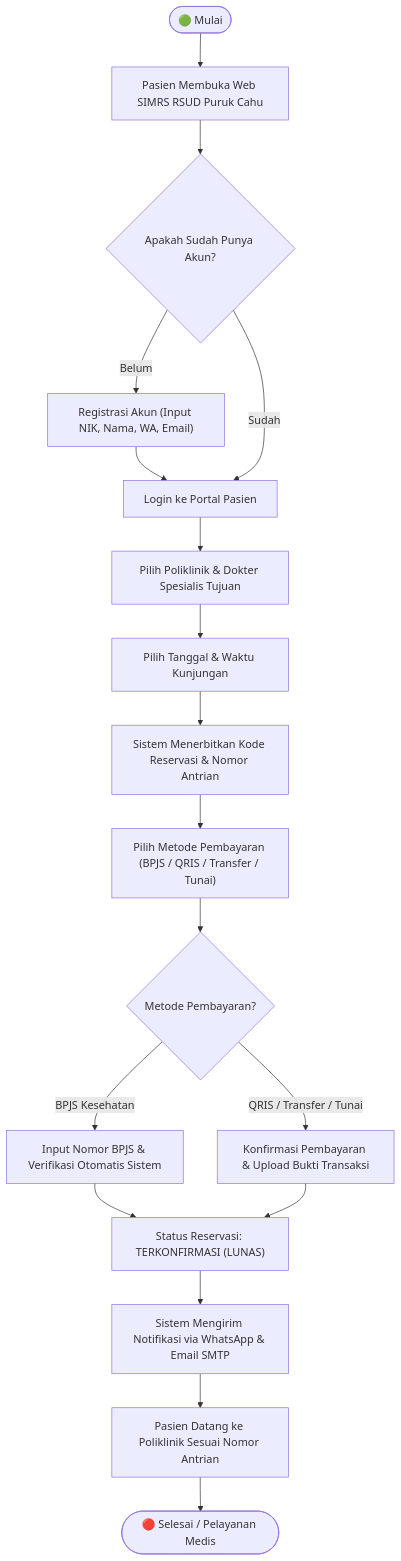
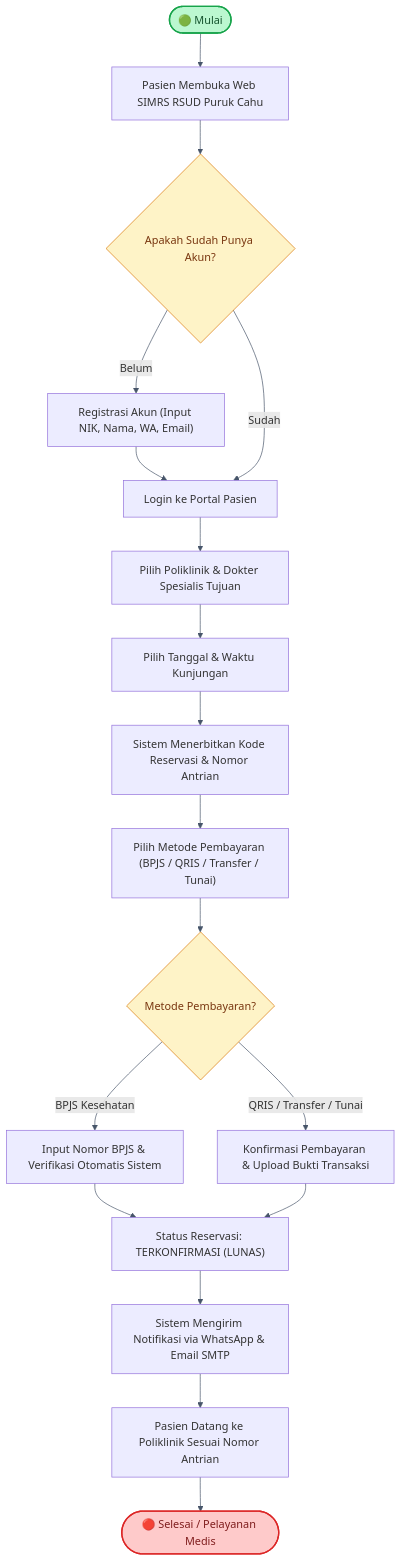
Before and after one commit to wonkbrebes/rme_ralan: the second of 5 diagrams in docs/diagram_laporan_simrs.md, drawn with Mermaid. The commit also changed other lines of this file, not shown here.

Commit message:
docs: update system diagrams with solid white background theme for academic lab report printing

````diff
--- a/docs/diagram_laporan_simrs.md
+++ b/docs/diagram_laporan_simrs.md
@@ -54,20 +63,26 @@
 ```mermaid
+%%{init: {'theme': 'default', 'themeVariables': { 'background': '#ffffff', 'primaryColor': '#f0fdf4', 'primaryTextColor': '#14532d', 'primaryBorderColor': '#22c55e', 'lineColor': '#475569' }}}%%
 graph TD
     Start(["🟢 Mulai"]) --> A["Pasien Membuka Web SIMRS RSUD Puruk Cahu"]
     A --> B{"Apakah Sudah Punya Akun?"}
     B -- "Belum" --> C["Registrasi Akun (Input NIK, Nama, WA, Email)"]
     C --> D["Login ke Portal Pasien"]
     B -- "Sudah" --> D
     D --> E["Pilih Poliklinik & Dokter Spesialis Tujuan"]
     E --> F["Pilih Tanggal & Waktu Kunjungan"]
     F --> G["Sistem Menerbitkan Kode Reservasi & Nomor Antrian"]
     G --> H["Pilih Metode Pembayaran (BPJS / QRIS / Transfer / Tunai)"]
     H --> I{"Metode Pembayaran?"}
     I -- "BPJS Kesehatan" --> J["Input Nomor BPJS & Verifikasi Otomatis Sistem"]
     I -- "QRIS / Transfer / Tunai" --> K["Konfirmasi Pembayaran & Upload Bukti Transaksi"]
     J --> L["Status Reservasi: TERKONFIRMASI (LUNAS)"]
     K --> L
     L --> M["Sistem Mengirim Notifikasi via WhatsApp & Email SMTP"]
     M --> N["Pasien Datang ke Poliklinik Sesuai Nomor Antrian"]
     N --> End(["🔴 Selesai / Pelayanan Medis"])
+
+    style Start fill:#bbf7d0,stroke:#16a34a,color:#14532d,stroke-width:2px
+    style End fill:#fecaca,stroke:#dc2626,color:#7f1d1d,stroke-width:2px
+    style B fill:#fef3c7,stroke:#d97706,color:#78350f
+    style I fill:#fef3c7,stroke:#d97706,color:#78350f
 ```
````
